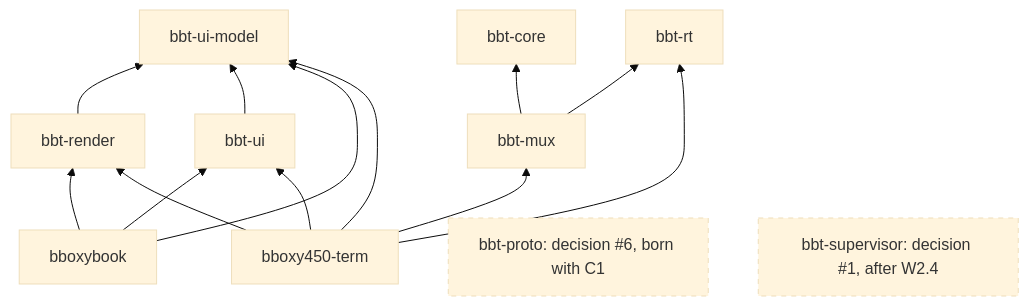
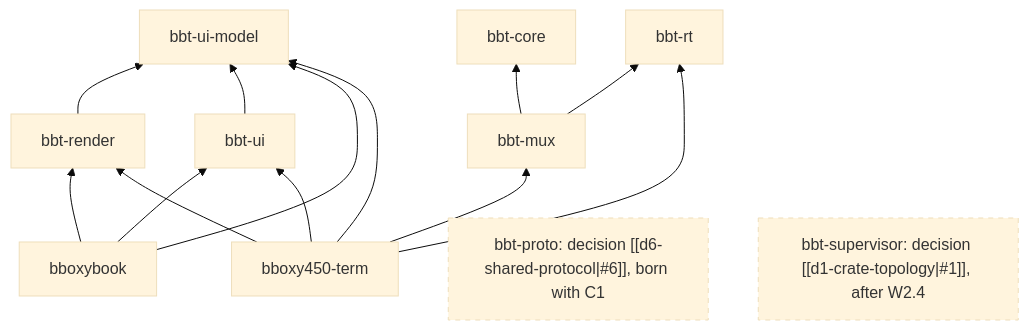
Before and after one commit to bboxy450/bboxy450-term: the fourth of 4 diagrams in .bboxy/specs/architecture.md, drawn with Mermaid (base theme). The commit also changed other lines of this file and 209 other files, not shown here.

````diff
--- a/.bboxy/specs/architecture.md
+++ b/.bboxy/specs/architecture.md
@@ -181,14 +191,14 @@
 ```mermaid
 flowchart BT
   rt[bbt-rt]
   core[bbt-core]
   um[bbt-ui-model]
   render[bbt-render] --> um
   ui[bbt-ui] --> um
   book[bboxybook] --> render & ui & um
   mux[bbt-mux] --> core & rt
   app[bboxy450-term] --> mux & render & rt & ui & um
-  proto["bbt-proto: decision #6, born with C1"]:::next
-  sup["bbt-supervisor: decision #1, after W2.4"]:::next
+  proto["bbt-proto: decision [[d6-shared-protocol|#6]], born with C1"]:::next
+  sup["bbt-supervisor: decision [[d1-crate-topology|#1]], after W2.4"]:::next
   classDef next stroke-dasharray: 5 5
 ```
````
